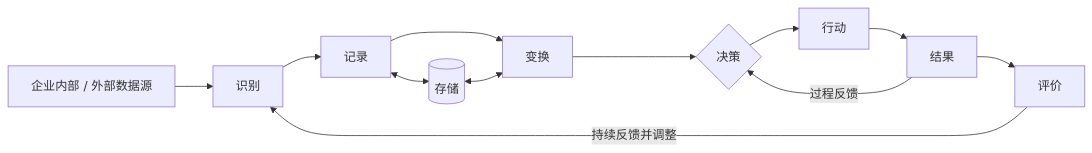
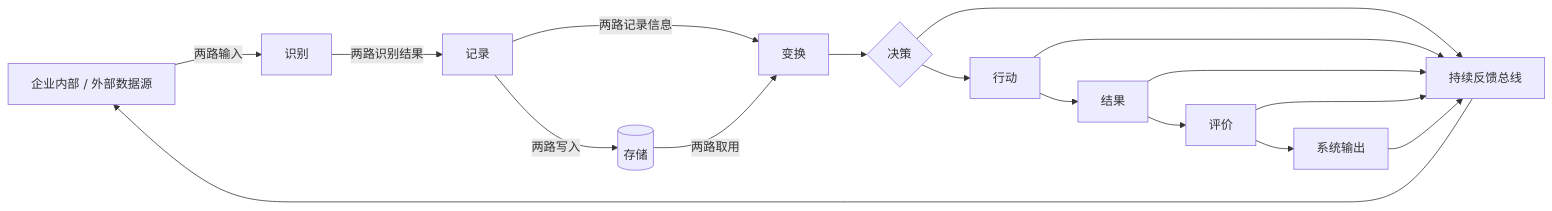
One commit to YoungHong1992/ruankao-senior-architecture-designer changed the sixth of 15 diagrams in 01.系统架构设计师教材-清洗版/第03章-信息系统基础知识.md. Above: the diagram before and after it, drawn with Mermaid. The commit also changed other lines of this file and 14 other files, not shown here.

Commit message:
fix: restore source-backed diagrams and exam variants

````diff
--- a/01.系统架构设计师教材-清洗版/第03章-信息系统基础知识.md
+++ b/01.系统架构设计师教材-清洗版/第03章-信息系统基础知识.md
@@ -426,9 +431,17 @@
 ```mermaid
 flowchart LR
-    CS["企业内部 / 外部数据源"] --> CI["识别"] --> CR["记录"] --> CT["变换"] --> CD{"决策"}
+    CS["企业内部 / 外部数据源"] -->|"两路输入"| CI["识别"]
+    CI -->|"两路识别结果"| CR["记录"]
+    CR -->|"两路记录信息"| CT["变换"]
+    CT --> CD{"决策"}
     CD --> CA["行动"] --> CO["结果"] --> CV["评价"]
-    CR <--> Store[("存储")]
-    Store <--> CT
-    CV -->|"持续反馈并调整"| CI
-    CO -->|"过程反馈"| CD
+    CR -->|"两路写入"| Store[("存储")]
+    Store -->|"两路取用"| CT
+    CV --> COut["系统输出"]
+    CD --> FB["持续反馈总线"]
+    CA --> FB
+    CO --> FB
+    CV --> FB
+    COut --> FB
+    FB --> CS
 ```
````
